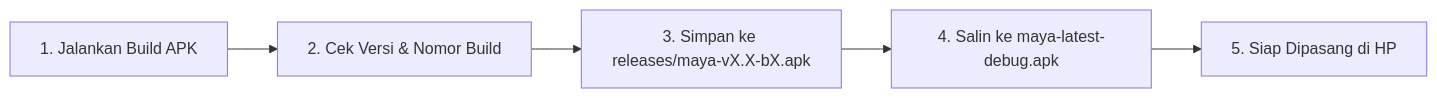
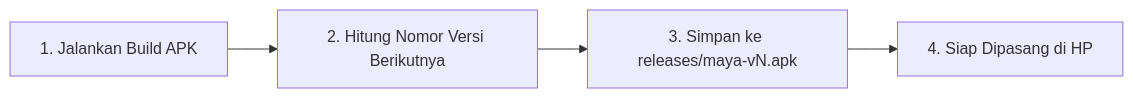
Before and after one commit to maxrumbo/M.A.Y.A: the second of 7 diagrams in README.md, drawn with Mermaid. The commit also changed other lines of this file and 2 other files, not shown here.

Commit message:
chore: unify APK release naming to maya-vN.apk

````diff
--- a/README.md
+++ b/README.md
@@ -61,7 +61,6 @@
 ```mermaid
 flowchart LR
-    Kompilasi["1. Jalankan Build APK"] --> Versi["2. Cek Versi & Nomor Build"]
-    Versi --> Arsip["3. Simpan ke releases/maya-vX.X-bX.apk"]
-    Arsip --> Pointer["4. Salin ke maya-latest-debug.apk"]
-    Pointer --> HP["5. Siap Dipasang di HP"]
+    Kompilasi["1. Jalankan Build APK"] --> Versi["2. Hitung Nomor Versi Berikutnya"]
+    Versi --> Arsip["3. Simpan ke releases/maya-vN.apk"]
+    Arsip --> HP["4. Siap Dipasang di HP"]
 ```
````
